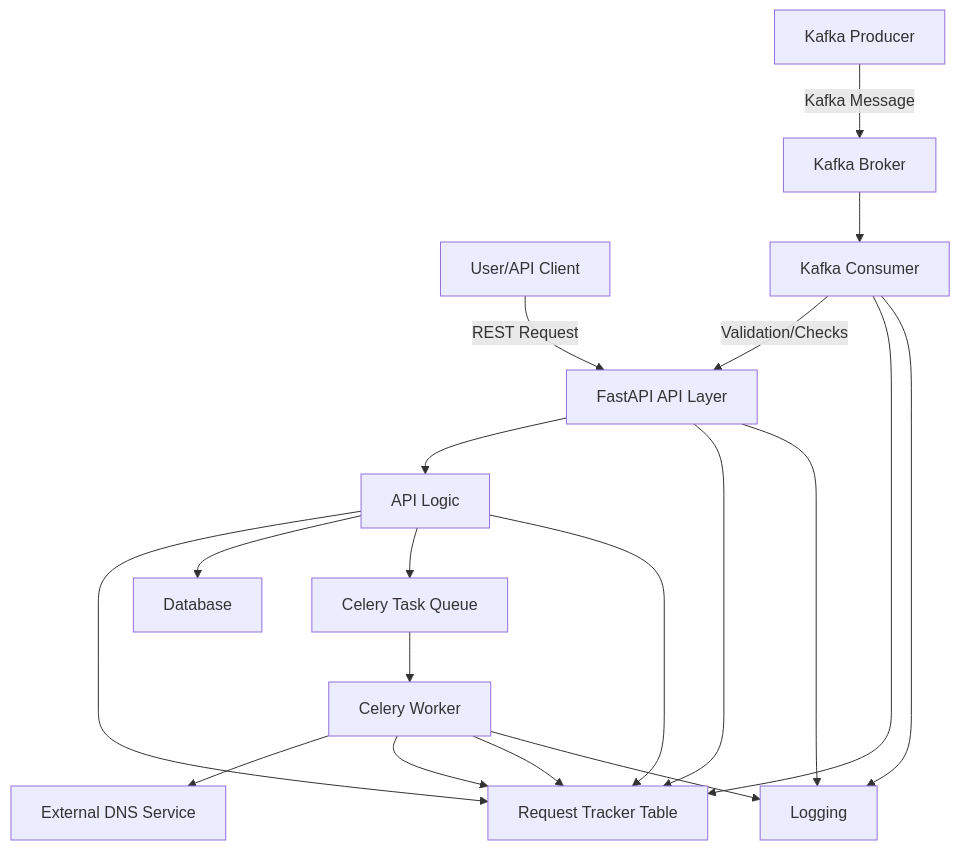
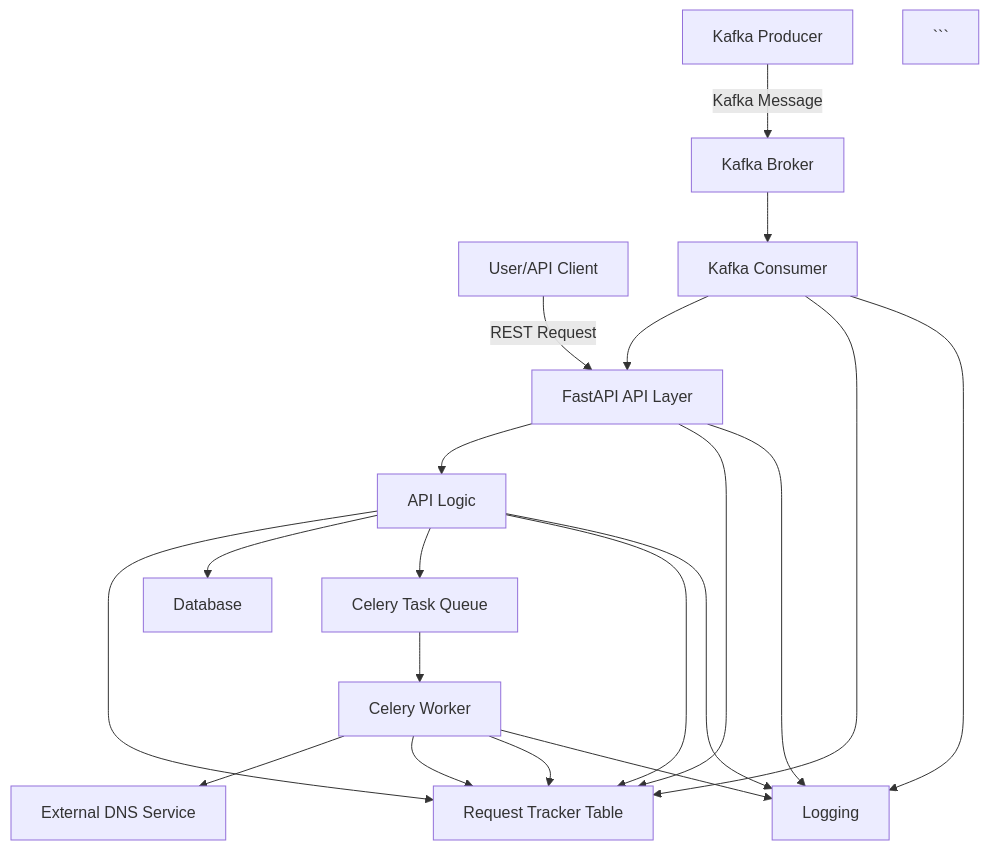
The diagram in ARCHITECTURE.md (Nik35/FastAPIStructure), drawn with Mermaid before and after one commit. The commit also changed other lines of this file, not shown here.

Commit message:
Updated flowdiagram

````diff
--- a/ARCHITECTURE.md
+++ b/ARCHITECTURE.md
@@ -9,34 +9,36 @@
 ```mermaid
 graph TD
     UserAPI[User/API Client]
     KafkaProd[Kafka Producer]
     KafkaBroker[Kafka Broker]
     KafkaCons[Kafka Consumer]
     FastAPI[FastAPI API Layer]
     APILogic[API Logic]
     ReqTracker[Request Tracker Table]
     DB[Database]
     CeleryQ[Celery Task Queue]
     CeleryW[Celery Worker]
     DNSService[External DNS Service]
     Logging[Logging]
 
     UserAPI -->|REST Request| FastAPI
     KafkaProd -->|Kafka Message| KafkaBroker
     KafkaBroker --> KafkaCons
-    KafkaCons -->|Validation/Checks| FastAPI
+        KafkaCons --> FastAPI
     FastAPI --> APILogic
     APILogic --> ReqTracker
     APILogic --> DB
     APILogic --> CeleryQ
     CeleryQ --> CeleryW
     CeleryW --> DNSService
     CeleryW --> ReqTracker
     FastAPI --> ReqTracker
     KafkaCons --> ReqTracker
     APILogic --> ReqTracker
     CeleryW --> ReqTracker
     FastAPI --> Logging
     KafkaCons --> Logging
     CeleryW --> Logging
+        APILogic --> Logging
+    ```
 ```
````
